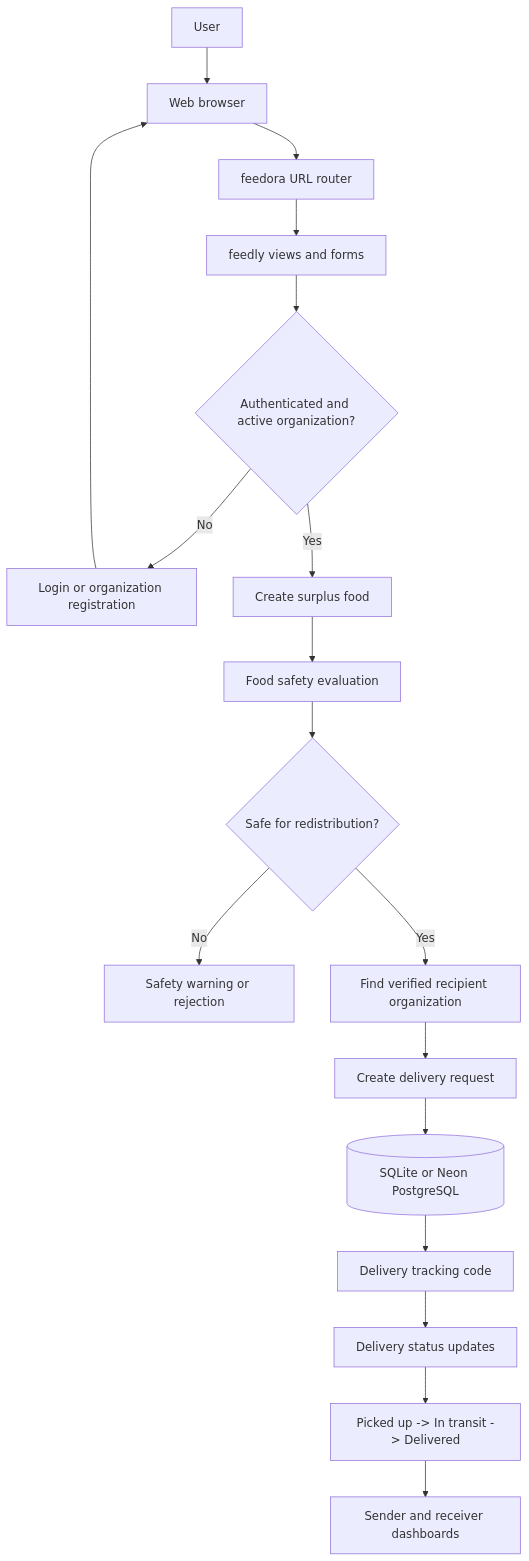
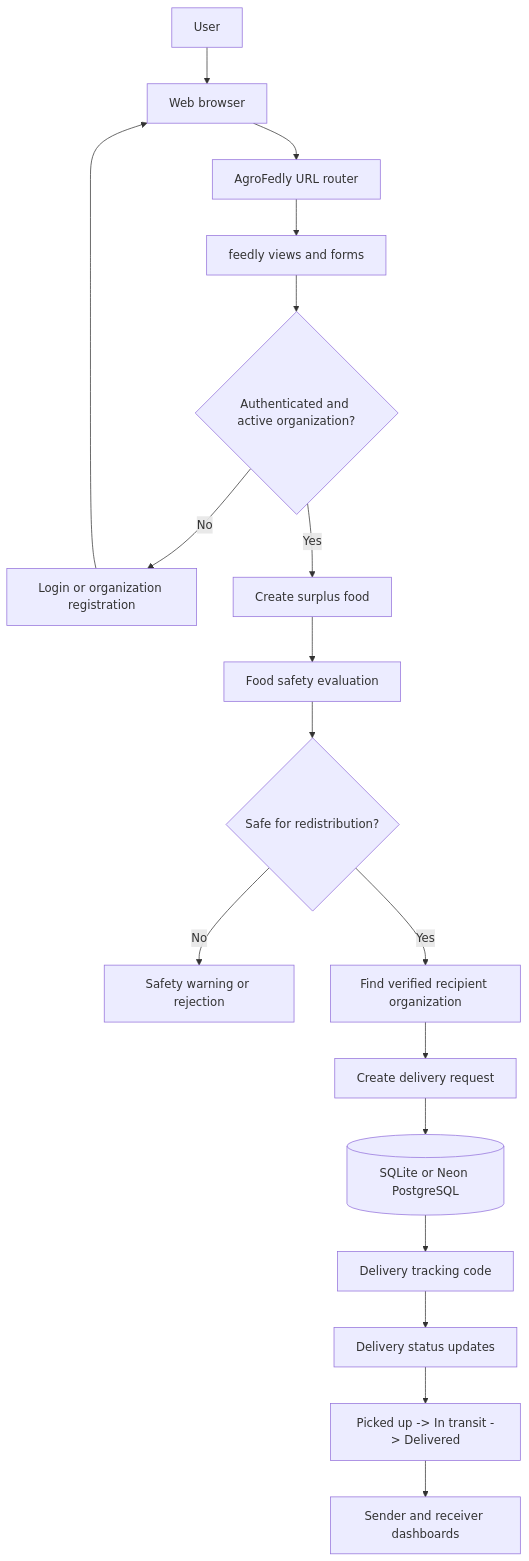
Before and after one commit to chiranjeebsatapathy123-sudo/AgroFedly: the diagram in README.md, drawn with Mermaid. The commit also changed other lines of this file and 9 other files, not shown here.

Commit message:
Rename project to AgroFedly

````diff
--- a/README.md
+++ b/README.md
@@ -23,20 +23,20 @@
 ```mermaid
 flowchart TD
    A[User] --> B[Web browser]
-   B --> C[feedora URL router]
+   B --> C[AgroFedly URL router]
    C --> D[feedly views and forms]
    D --> E{Authenticated and active organization?}
    E -- No --> F[Login or organization registration]
    F --> B
    E -- Yes --> G[Create surplus food]
    G --> H[Food safety evaluation]
    H --> I{Safe for redistribution?}
    I -- No --> J[Safety warning or rejection]
    I -- Yes --> K[Find verified recipient organization]
    K --> L[Create delivery request]
    L --> M[(SQLite or Neon PostgreSQL)]
    M --> N[Delivery tracking code]
    N --> O[Delivery status updates]
    O --> P[Picked up -> In transit -> Delivered]
    P --> Q[Sender and receiver dashboards]
 ```
````
